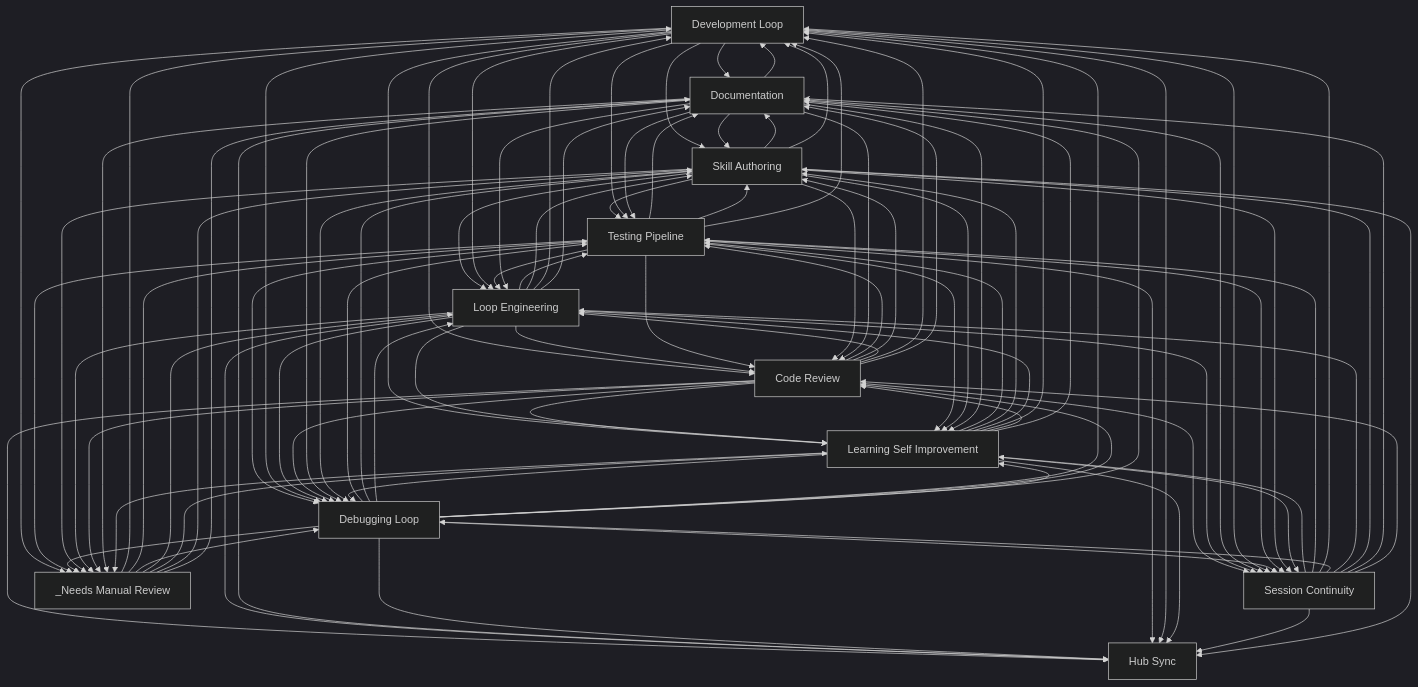
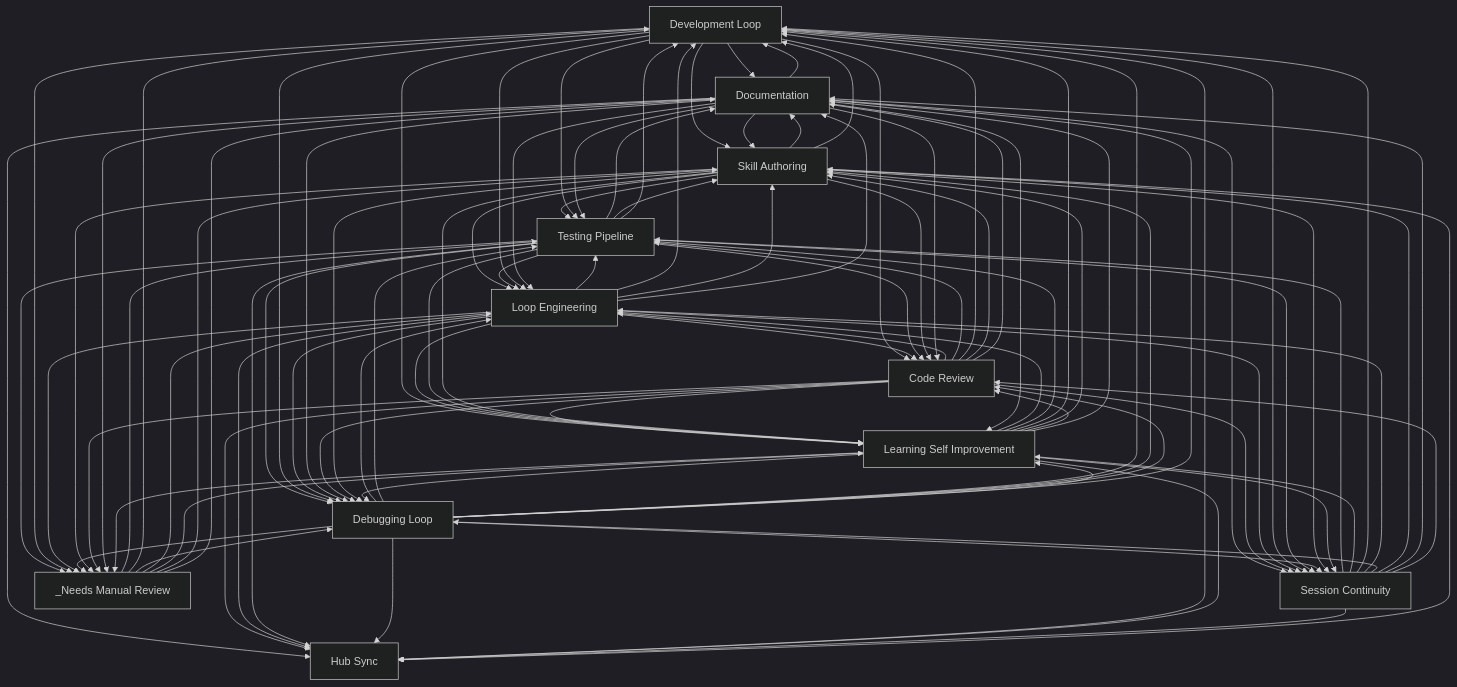
Before and after one commit to abhayla/claude-best-practices: the diagram in docs/workflows/INDEX.md, drawn with Mermaid (dark theme). The commit also changed other lines of this file and 13 other files, not shown here.

````diff
--- a/docs/workflows/INDEX.md
+++ b/docs/workflows/INDEX.md
@@ -34,99 +34,99 @@
     hub_sync[Hub Sync]
     _needs_manual_review[_Needs Manual Review]
     skill_authoring --> documentation
+    testing_pipeline --> documentation
     development_loop --> documentation
-    testing_pipeline --> documentation
     skill_authoring --> testing_pipeline
     skill_authoring --> loop_engineering
+    testing_pipeline --> skill_authoring
+    testing_pipeline --> loop_engineering
     development_loop --> skill_authoring
     development_loop --> testing_pipeline
     development_loop --> loop_engineering
-    testing_pipeline --> skill_authoring
-    testing_pipeline --> loop_engineering
     documentation --> skill_authoring
     documentation --> testing_pipeline
     documentation --> loop_engineering
+    code_review --> loop_engineering
+    code_review --> testing_pipeline
+    code_review --> development_loop
+    code_review --> skill_authoring
     development_loop --> code_review
-    code_review --> testing_pipeline
-    code_review --> skill_authoring
-    code_review --> loop_engineering
-    code_review --> development_loop
     loop_engineering --> testing_pipeline
+    loop_engineering --> development_loop
     loop_engineering --> skill_authoring
-    loop_engineering --> development_loop
     loop_engineering --> code_review
+    code_review --> learning_self_improvement
     development_loop --> learning_self_improvement
-    code_review --> learning_self_improvement
     loop_engineering --> learning_self_improvement
+    testing_pipeline --> development_loop
+    _needs_manual_review --> testing_pipeline
     _needs_manual_review --> development_loop
-    _needs_manual_review --> testing_pipeline
-    testing_pipeline --> development_loop
+    testing_pipeline --> debugging_loop
     _needs_manual_review --> debugging_loop
     _needs_manual_review --> loop_engineering
-    testing_pipeline --> debugging_loop
     testing_pipeline --> code_review
+    debugging_loop --> loop_engineering
     debugging_loop --> testing_pipeline
+    debugging_loop --> development_loop
     debugging_loop --> skill_authoring
-    debugging_loop --> loop_engineering
-    debugging_loop --> development_loop
     debugging_loop --> code_review
     development_loop --> debugging_loop
     documentation --> development_loop
     loop_engineering --> debugging_loop
     loop_engineering --> documentation
+    skill_authoring --> code_review
     skill_authoring --> development_loop
-    skill_authoring --> code_review
     testing_pipeline --> learning_self_improvement
     skill_authoring --> learning_self_improvement
+    testing_pipeline --> _needs_manual_review
     development_loop --> _needs_manual_review
-    testing_pipeline --> _needs_manual_review
-    code_review --> debugging_loop
     documentation --> debugging_loop
     documentation --> code_review
-    code_review --> session_continuity
-    code_review --> hub_sync
-    code_review --> documentation
-    loop_engineering --> session_continuity
-    loop_engineering --> hub_sync
+    code_review --> debugging_loop
     documentation --> learning_self_improvement
     documentation --> session_continuity
     documentation --> hub_sync
+    code_review --> documentation
+    code_review --> session_continuity
+    code_review --> hub_sync
+    loop_engineering --> session_continuity
+    loop_engineering --> hub_sync
     development_loop --> session_continuity
+    session_continuity --> testing_pipeline
     session_continuity --> learning_self_improvement
-    session_continuity --> testing_pipeline
     _needs_manual_review --> learning_self_improvement
+    testing_pipeline --> session_continuity
     debugging_loop --> learning_self_improvement
     debugging_loop --> session_continuity
-    testing_pipeline --> session_continuity
+    testing_pipeline --> hub_sync
+    debugging_loop --> documentation
     debugging_loop --> hub_sync
-    debugging_loop --> documentation
-    testing_pipeline --> hub_sync
     development_loop --> hub_sync
     skill_authoring --> session_continuity
     session_continuity --> development_loop
     skill_authoring --> debugging_loop
+    session_continuity --> loop_engineering
     session_continuity --> debugging_loop
-    session_continuity --> loop_engineering
+    learning_self_improvement --> loop_engineering
     learning_self_improvement --> testing_pipeline
     learning_self_improvement --> debugging_loop
+    learning_self_improvement --> development_loop
     learning_self_improvement --> skill_authoring
-    learning_self_improvement --> loop_engineering
-    learning_self_improvement --> development_loop
     learning_self_improvement --> code_review
+    loop_engineering --> _needs_manual_review
     debugging_loop --> _needs_manual_review
     skill_authoring --> _needs_manual_review
-    loop_engineering --> _needs_manual_review
     code_review --> _needs_manual_review
     _needs_manual_review --> skill_authoring
     _needs_manual_review --> documentation
     learning_self_improvement --> session_continuity
     documentation --> _needs_manual_review
     session_continuity --> skill_authoring
+    learning_self_improvement --> documentation
     learning_self_improvement --> hub_sync
-    learning_self_improvement --> documentation
-    session_continuity --> hub_sync
     session_continuity --> documentation
     session_continuity --> code_review
+    session_continuity --> hub_sync
     skill_authoring --> hub_sync
     learning_self_improvement --> _needs_manual_review
 ```
````
